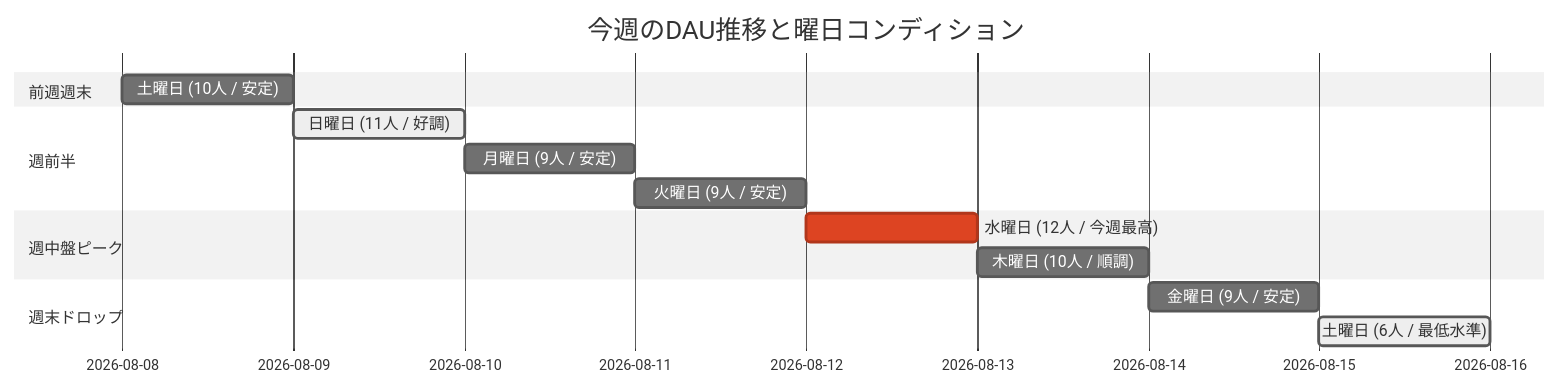
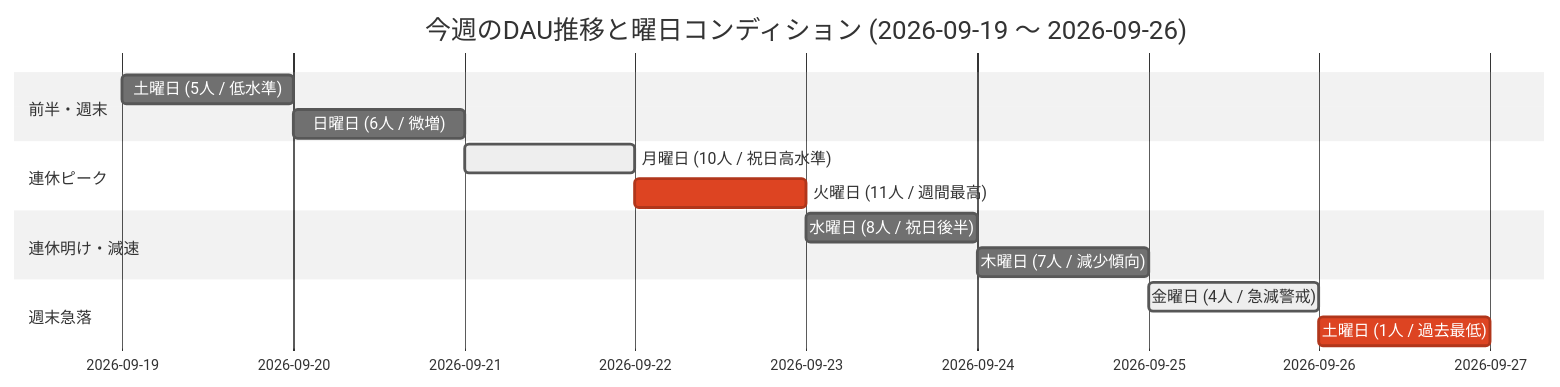
Before and after one commit to YusukeKatahara/V-Effect: the diagram in docs/analytics/weekly_report.md, drawn with Mermaid (neutral theme). The commit also changed other lines of this file and 1 other file, not shown here.

````diff
--- a/docs/analytics/weekly_report.md
+++ b/docs/analytics/weekly_report.md
@@ -34,17 +35,17 @@
 ```mermaid
 gantt
-    title 今週のDAU推移と曜日コンディション
+    title 今週のDAU推移と曜日コンディション (2026-09-19 〜 2026-09-26)
     dateFormat  YYYY-MM-DD
-    section 前週週末
-    土曜日 (10人 / 安定) :2026-08-08, 1d
-    section 週前半
-    日曜日 (11人 / 好調) :active, 2026-08-09, 1d
-    月曜日 (9人 / 安定) :2026-08-10, 1d
-    火曜日 (9人 / 安定) :2026-08-11, 1d
-    section 週中盤ピーク
-    水曜日 (12人 / 今週最高) :crit, 2026-08-12, 1d
-    木曜日 (10人 / 順調) :2026-08-13, 1d
-    section 週末ドロップ
-    金曜日 (9人 / 安定) :2026-08-14, 1d
-    土曜日 (6人 / 最低水準) :active, 2026-08-15, 1d
+    section 前半・週末
+    土曜日 (5人 / 低水準) :2026-09-19, 1d
+    日曜日 (6人 / 微増) :2026-09-20, 1d
+    section 連休ピーク
+    月曜日 (10人 / 祝日高水準) :active, 2026-09-21, 1d
+    火曜日 (11人 / 週間最高) :crit, 2026-09-22, 1d
+    section 連休明け・減速
+    水曜日 (8人 / 祝日後半) :2026-09-23, 1d
+    木曜日 (7人 / 減少傾向) :2026-09-24, 1d
+    section 週末急落
+    金曜日 (4人 / 急減警戒) :active, 2026-09-25, 1d
+    土曜日 (1人 / 過去最低) :crit, 2026-09-26, 1d
 ```
````
